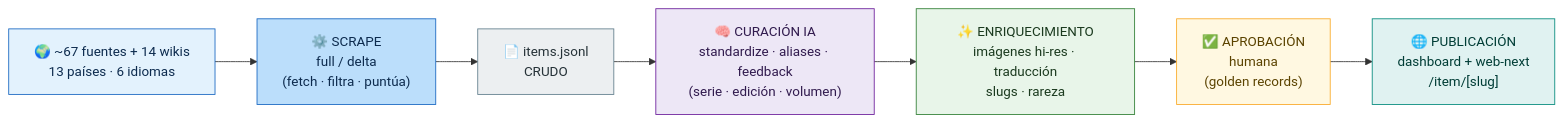
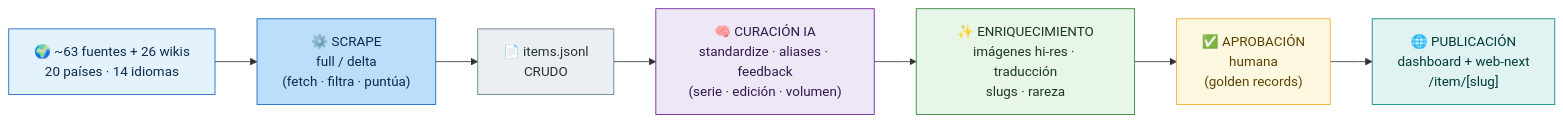
Before and after one commit to MineiToshio/PandaWatch: the first of 6 diagrams in docs/scraper/PIPELINE-WALKTHROUGH.md, drawn with Mermaid. The commit also changed other lines of this file and 51 other files, not shown here.

````diff
--- a/docs/scraper/PIPELINE-WALKTHROUGH.md
+++ b/docs/scraper/PIPELINE-WALKTHROUGH.md
@@ -48,20 +48,20 @@
 ```mermaid
 flowchart LR
-    WEB["🌍 ~67 fuentes + 14 wikis<br/>13 países · 6 idiomas"]:::src
+    WEB["🌍 ~63 fuentes + 26 wikis<br/>20 países · 14 idiomas"]:::src
     SCRAPE["⚙️ SCRAPE<br/>full / delta<br/>(fetch · filtra · puntúa)"]:::auto
     RAW["📄 items.jsonl<br/>CRUDO"]:::raw
     CURATE["🧠 CURACIÓN IA<br/>standardize · aliases · feedback<br/>(serie · edición · volumen)"]:::ai
     ENRICH["✨ ENRIQUECIMIENTO<br/>imágenes hi-res · traducción<br/>slugs · rareza"]:::enr
     APPROVE["✅ APROBACIÓN<br/>humana<br/>(golden records)"]:::human
     PUB["🌐 PUBLICACIÓN<br/>dashboard + web-next<br/>/item/[slug]"]:::pub
 
     WEB --> SCRAPE --> RAW --> CURATE --> ENRICH --> APPROVE --> PUB
 
     classDef src    fill:#e3f2fd,stroke:#1565c0,color:#0d2b4e
     classDef auto   fill:#bbdefb,stroke:#1565c0,color:#0d2b4e
     classDef raw    fill:#eceff1,stroke:#607d8b,color:#263238
     classDef ai     fill:#ede7f6,stroke:#6a1b9a,color:#311b4e
     classDef enr    fill:#e8f5e9,stroke:#2e7d32,color:#1b3a1f
     classDef human  fill:#fff8e1,stroke:#f9a825,color:#5b4300
     classDef pub    fill:#e0f2f1,stroke:#00897b,color:#003d36
 ```
````
